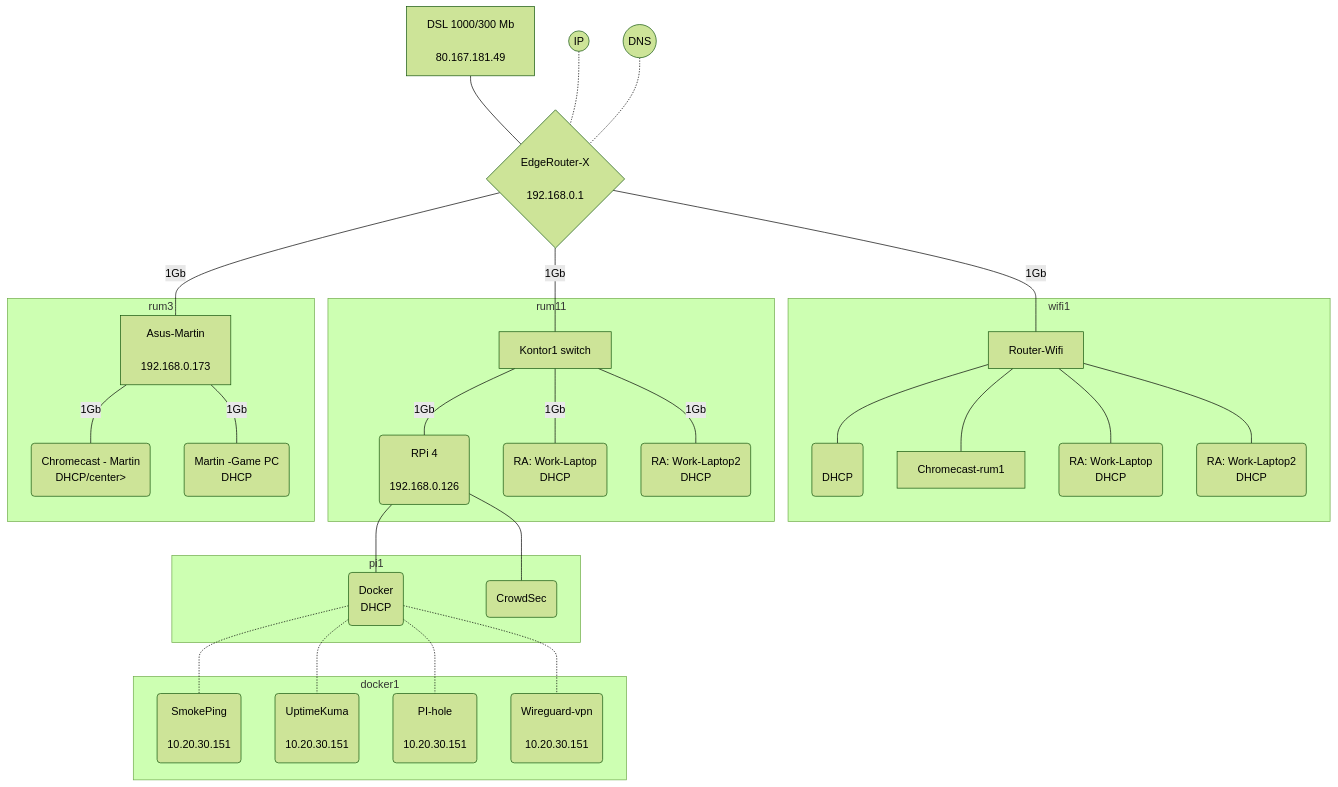
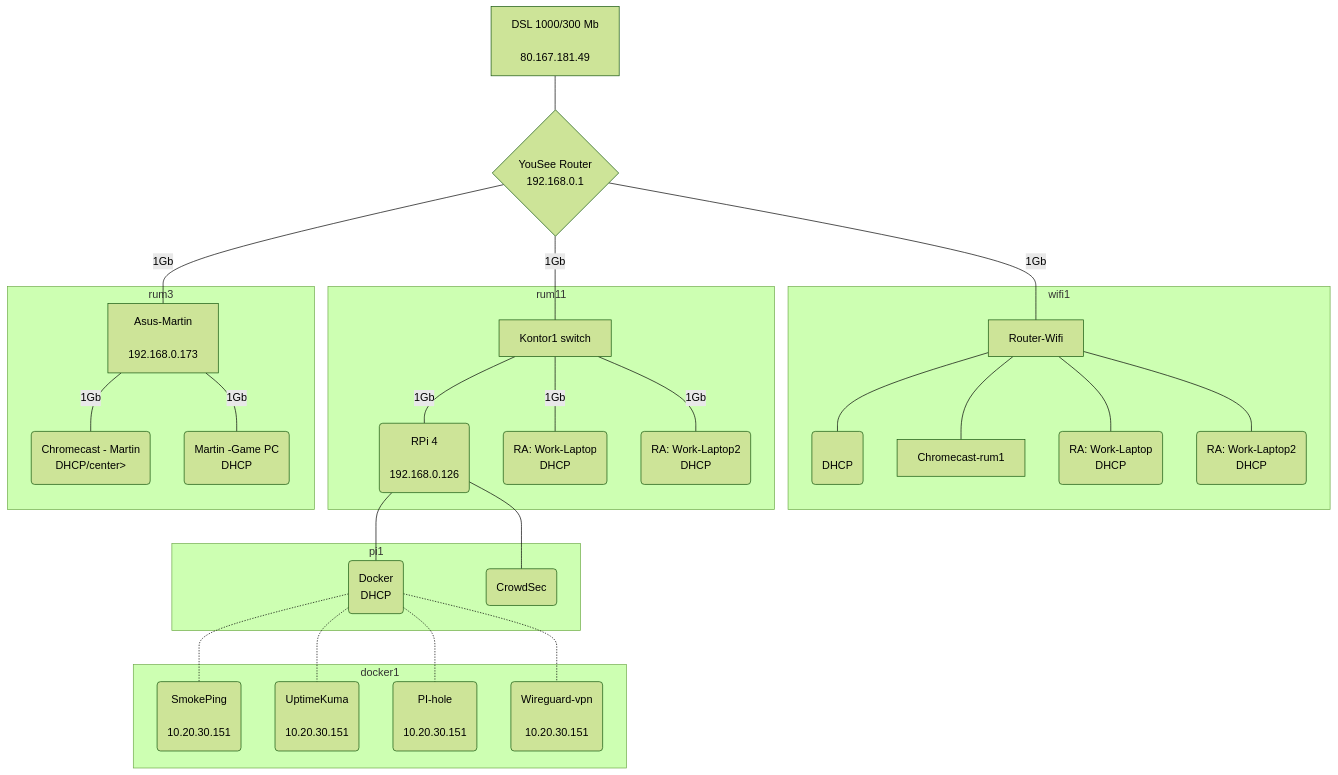
One commit to alf149/ansible changed the diagram in Docs/Index.md. Above: the diagram before and after it, drawn with Mermaid (forest theme).

````diff
--- a/Docs/Index.md
+++ b/Docs/Index.md
@@ -3,42 +3,40 @@
 ```mermaid
 graph TB
  linkStyle default interpolate basis
- wan1[<center>DSL 1000/300 Mb<br><br>80.167.181.49</center>]---router{<center>EdgeRouter-X<br><br>192.168.0.1</center>}
- ip((<center><br>IP<br><br></center>))-.-router
- dns((<center><br>DNS<br><br></center>))-.-router
+ wan1[<center>DSL 1000/300 Mb<br><br>80.167.181.49</center>]---router{<center>YouSee Router<br>192.168.0.1</center>}
  router---|1Gb|switch1[<center>Kontor1 switch</center>]
  router---|1Gb|switch2[<center>Asus-Martin<br><br>192.168.0.173</center>]
  router---|1Gb|acwifi1[<center>Router-Wifi</center>]
 
  subgraph wifi1
  acwifi1---Chromecast-rum0(<center><br>DHCP</center>)
  acwifi1---Chromecast-rum1
  acwifi1---ra-work(<center>RA: Work-Laptop<br>DHCP</center>)
  acwifi1---ra-work-lab(<center>RA: Work-Laptop2<br>DHCP</center>)
  end
 
 
  subgraph rum11
  switch1---|1Gb|pi(<center>RPi 4<br><br>192.168.0.126</center>)
  switch1---|1Gb|work(<center>RA: Work-Laptop<br>DHCP</center>)
  switch1---|1Gb|work-lab(<center>RA: Work-Laptop2<br>DHCP</center>)
  end
  
  subgraph rum3
  switch2---|1Gb|chromecast(<center>Chromecast - Martin<br>DHCP/center>)
  switch2---|1Gb|game-pc(<center>Martin -Game PC<br>DHCP</center>)
  end
 
  subgraph pi1
  pi---docker(<center>Docker<br>DHCP</center>)
  pi---crowdsec(<center>CrowdSec</center>)
  end
 
 subgraph docker1
  docker-.-smokeping(<center>SmokePing<br><br>10.20.30.151</center>)
  docker-.-uptimeKuma(<center>UptimeKuma<br><br>10.20.30.151</center>)
  docker-.-pihole(<center>PI-hole<br><br>10.20.30.151</center>)
  docker-.-wireguardvpn(<center>Wireguard-vpn<br><br>10.20.30.151</center>)
  
  end
  ```
````
